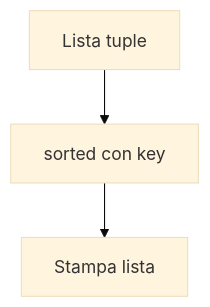
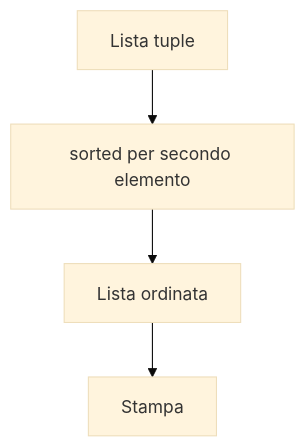
Before and after one commit to lucadagati/Lab_Fondamenti_di_Informatica_25_26: the tenth of 20 diagrams in 04-python-jupyter-analisi-biomedica/README.md, drawn with Mermaid (base theme). The commit also changed other lines of this file, not shown here.

First line of the commit message:
README Lab 4: aggiunge testo esercizi e flow più espliciti

````diff
--- a/04-python-jupyter-analisi-biomedica/README.md
+++ b/04-python-jupyter-analisi-biomedica/README.md
@@ -147,5 +181,6 @@
 ```mermaid
 flowchart TD
-    A[Lista tuple] --> B[sorted con key]
-    B --> C[Stampa lista]
+    A[Lista tuple] --> B[sorted per secondo elemento]
+    B --> C[Lista ordinata]
+    C --> D[Stampa]
 ```
````
